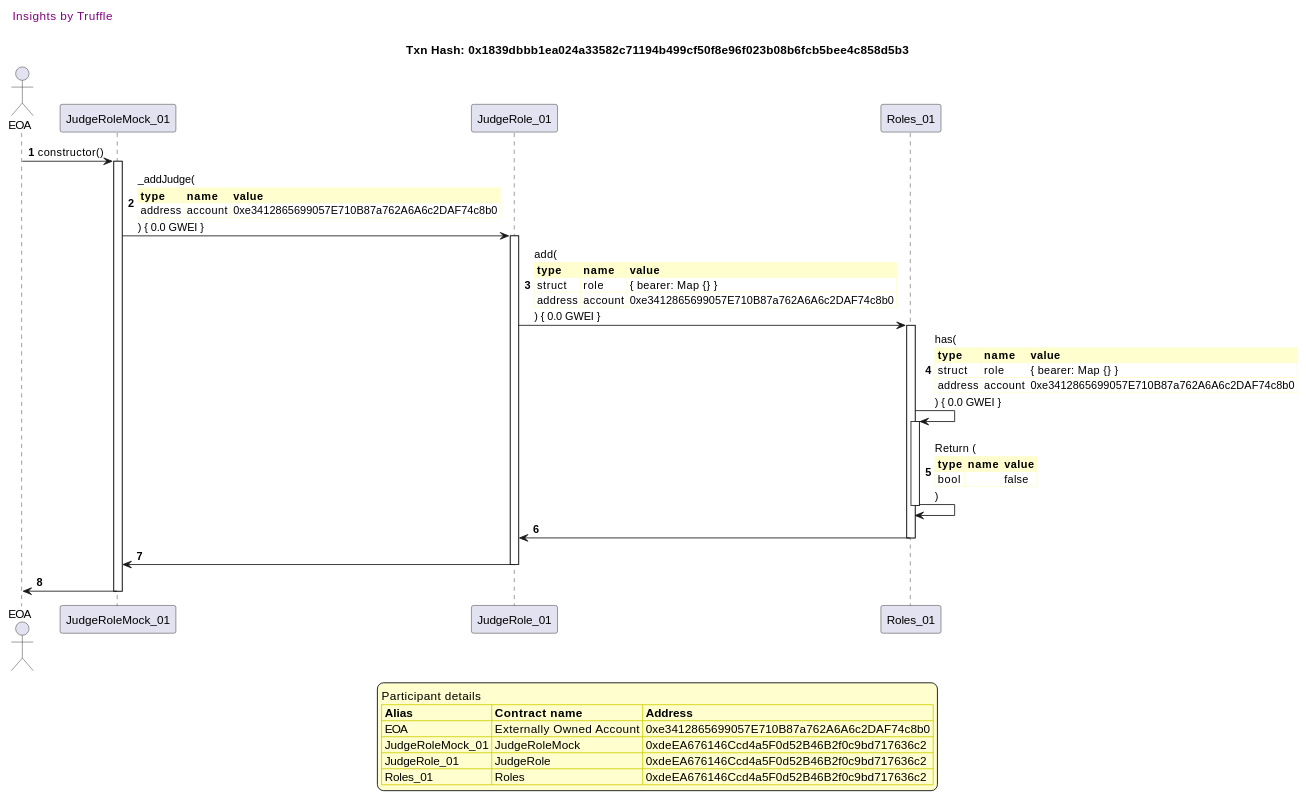
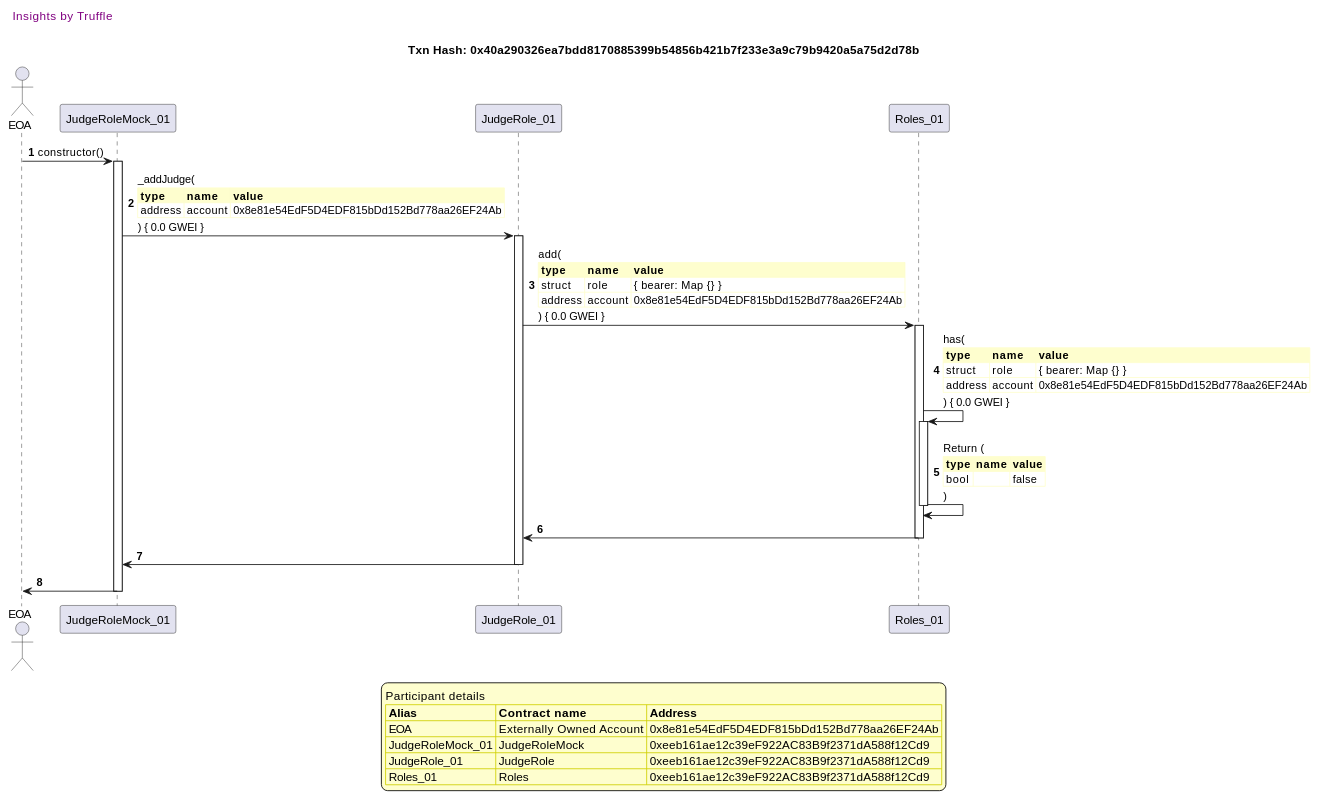
Before and after one commit to fodisi/hackapay: the ninth of 41 diagrams in truffle-seq/roles_judgerole.md, drawn with PlantUML. The commit also changed other lines of this file and 10 other files, not shown here.

````diff
--- a/truffle-seq/roles_judgerole.md
+++ b/truffle-seq/roles_judgerole.md
@@ -649,61 +649,61 @@
 ```plantuml
 
 
 @startuml
 
 autonumber
 skinparam legendBackgroundColor #FEFECE
 
 <style>
       header {
         HorizontalAlignment left
         FontColor purple
         FontSize 14
         Padding 10
       }
     </style>
 
 header Insights by Truffle
 
-title Txn Hash: 0x1839dbbb1ea024a33582c71194b499cf50f8e96f023b08b6fcb5bee4c858d5b3
+title Txn Hash: 0x40a290326ea7bdd8170885399b54856b421b7f233e3a9c79b9420a5a75d2d78b
 
 
 actor EOA as "EOA"
 participant JudgeRoleMock_01 as "JudgeRoleMock_01"
 participant JudgeRole_01 as "JudgeRole_01"
 participant Roles_01 as "Roles_01"
 
 "EOA" -> "JudgeRoleMock_01" ++: constructor()
 "JudgeRoleMock_01" -> "JudgeRole_01" ++: _addJudge(\n\
 <#FEFECE,#FEFECE>|= type |= name |= value |\n\
-| address | account | 0xe3412865699057E710B87a762A6A6c2DAF74c8b0 |\n\
+| address | account | 0x8e81e54EdF5D4EDF815bDd152Bd778aa26EF24Ab |\n\
 ) { 0.0 GWEI }
 "JudgeRole_01" -> "Roles_01" ++: add(\n\
 <#FEFECE,#FEFECE>|= type |= name |= value |\n\
 | struct | role | { bearer: Map {} } |\n\
-| address | account | 0xe3412865699057E710B87a762A6A6c2DAF74c8b0 |\n\
+| address | account | 0x8e81e54EdF5D4EDF815bDd152Bd778aa26EF24Ab |\n\
 ) { 0.0 GWEI }
 "Roles_01" -> "Roles_01" ++: has(\n\
 <#FEFECE,#FEFECE>|= type |= name |= value |\n\
 | struct | role | { bearer: Map {} } |\n\
-| address | account | 0xe3412865699057E710B87a762A6A6c2DAF74c8b0 |\n\
+| address | account | 0x8e81e54EdF5D4EDF815bDd152Bd778aa26EF24Ab |\n\
 ) { 0.0 GWEI }
 "Roles_01" -> "Roles_01" --: Return (\n\
 <#FEFECE,#FEFECE>|= type |= name |= value |\n\
 | bool |  | false |\n\
 )
 "Roles_01" -> "JudgeRole_01" --: 
 "JudgeRole_01" -> "JudgeRoleMock_01" --: 
 "JudgeRoleMock_01" -> "EOA" --: 
 
 legend
 Participant details
 <#FEFECE,#D0D000>|= Alias |= Contract name |= Address |
-<#FEFECE>| EOA | Externally Owned Account | 0xe3412865699057E710B87a762A6A6c2DAF74c8b0 |
-<#FEFECE>| JudgeRoleMock_01 | JudgeRoleMock | 0xdeEA676146Ccd4a5F0d52B46B2f0c9bd717636c2 |
-<#FEFECE>| JudgeRole_01 | JudgeRole | 0xdeEA676146Ccd4a5F0d52B46B2f0c9bd717636c2 |
-<#FEFECE>| Roles_01 | Roles | 0xdeEA676146Ccd4a5F0d52B46B2f0c9bd717636c2 |
+<#FEFECE>| EOA | Externally Owned Account | 0x8e81e54EdF5D4EDF815bDd152Bd778aa26EF24Ab |
+<#FEFECE>| JudgeRoleMock_01 | JudgeRoleMock | 0xeeb161ae12c39eF922AC83B9f2371dA588f12Cd9 |
+<#FEFECE>| JudgeRole_01 | JudgeRole | 0xeeb161ae12c39eF922AC83B9f2371dA588f12Cd9 |
+<#FEFECE>| Roles_01 | Roles | 0xeeb161ae12c39eF922AC83B9f2371dA588f12Cd9 |
 endlegend
 
 @enduml
 ```
````
